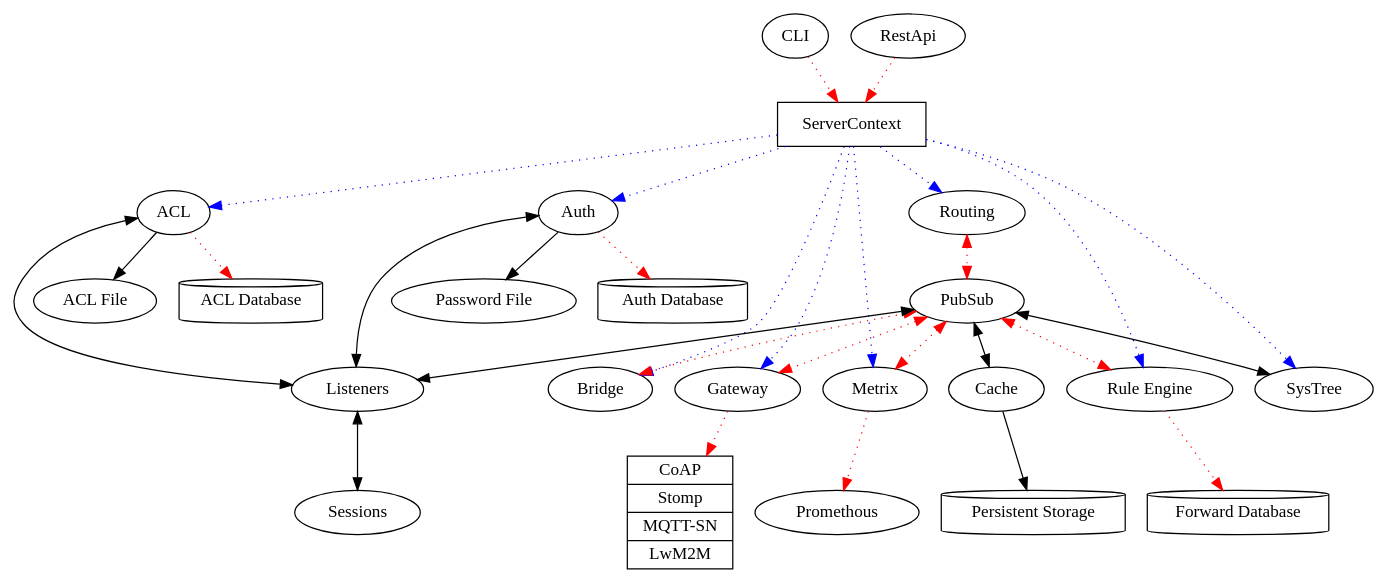
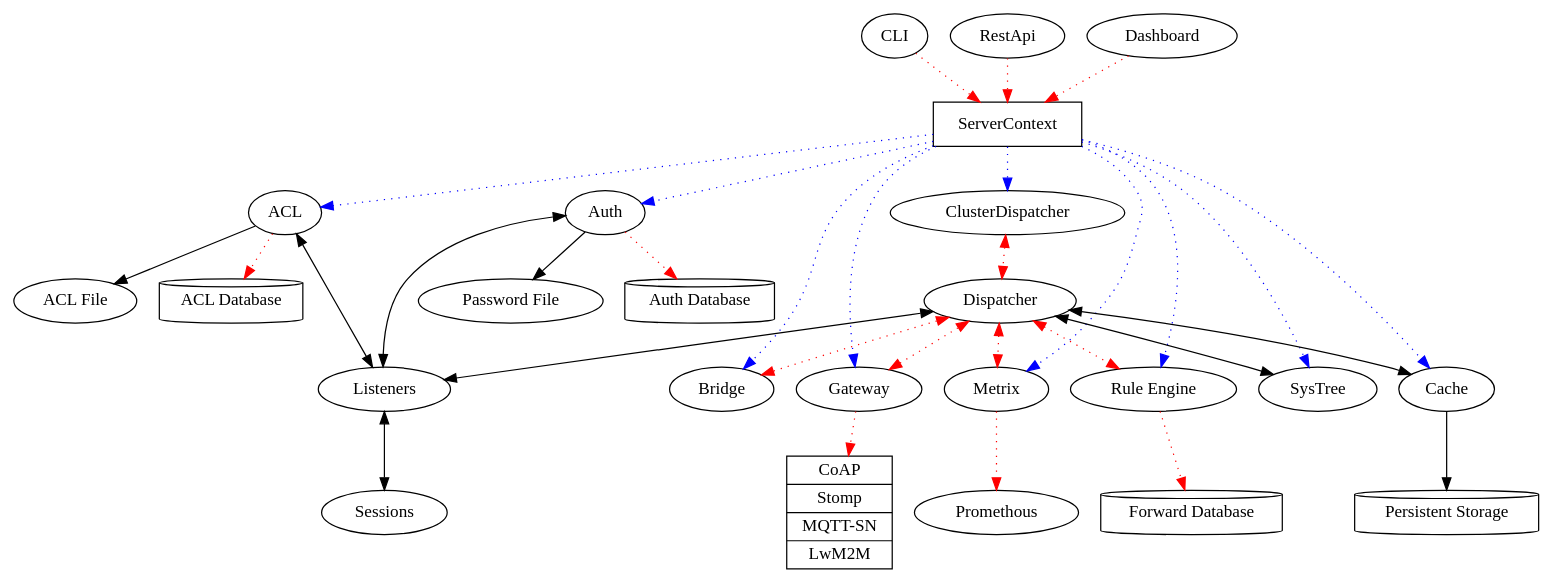
Before and after one commit to RustRobotics/hebo: the diagram in docs/internal.dot, drawn with Graphviz. The commit also changed 1 other file, not shown here.

```diff
--- a/docs/internal.dot
+++ b/docs/internal.dot
@@ -1,58 +1,61 @@
 
 digraph {
 	// cli
 	CLI -> ServerContext [style=dotted, color=red];
 
 	// dashboard app
 	RestApi -> ServerContext [style=dotted, color=red];
 
+	Dashboard -> ServerContext [style=dotted, color=red];
+
 	ServerContext [shape=box];
 	ServerContext -> ACL [style=dotted, color=blue];
 	ServerContext -> Auth [style=dotted, color=blue];
 	ServerContext -> Bridge [style=dotted, color=blue];
 	ServerContext -> Gateway [style=dotted, color=blue];
 	ServerContext -> Metrix [style=dotted, color=blue];
-	ServerContext -> Routing [style=dotted, color=blue];
+	ServerContext -> ClusterDispatcher [style=dotted, color=blue];
 	ServerContext -> "Rule Engine" [style=dotted, color=blue];
 	ServerContext -> SysTree [style=dotted, color=blue];
+	ServerContext -> Cache [style=dotted, color=blue];
 
-	Routing -> PubSub [dir=both, color=red, style=dotted];
+	ClusterDispatcher -> Dispatcher [dir=both, color=red, style=dotted];
 
-	PubSub -> Listeners [dir=both];
+	Dispatcher -> Listeners [dir=both];
 	Listeners -> Sessions [dir=both];
 
-	PubSub -> SysTree [dir=both];
+	Dispatcher -> SysTree [dir=both];
 
-	PubSub -> Cache [dir=both];
+	Dispatcher -> Cache [dir=both];
 	"Persistent Storage" [shape=cylinder];
 	Cache -> "Persistent Storage";
 
 	// ACL app
 	ACL -> Listeners [dir=both];
 	ACL -> "ACL File";
 	"ACL Database" [shape=cylinder];
 	ACL -> "ACL Database" [style=dotted, color=red];
 
 	// auth app
 	Auth -> Listeners [dir=both];
 	Auth -> "Password File";
 	"Auth Database" [shape=cylinder];
 	Auth -> "Auth Database" [style=dotted, color=red];
 
 	// mqtt bridge app
-	PubSub -> Bridge [dir=both,style=dotted, color=red];
+	Dispatcher -> Bridge [dir=both,style=dotted, color=red];
 
 	// gateway app
-	PubSub -> Gateway [dir=both, style=dotted, color=red];
+	Dispatcher -> Gateway [dir=both, style=dotted, color=red];
 	ExternalProtocols [shape=record, label="{ CoAP | Stomp | MQTT-SN | LwM2M }"];
 	Gateway -> ExternalProtocols [style=dotted, color=red];
 
 	// monitor app
-	PubSub -> Metrix [dir=both, style=dotted, color=red];
+	Dispatcher -> Metrix [dir=both, style=dotted, color=red];
 	Metrix -> Promethous [style=dotted, color=red];
 
 	// rule engine app
-	PubSub -> "Rule Engine" [dir=both, style=dotted, color=red];
+	Dispatcher -> "Rule Engine" [dir=both, style=dotted, color=red];
 	"Forward Database" [shape=cylinder];
 	"Rule Engine" -> "Forward Database" [style=dotted, color=red];
 }
```
